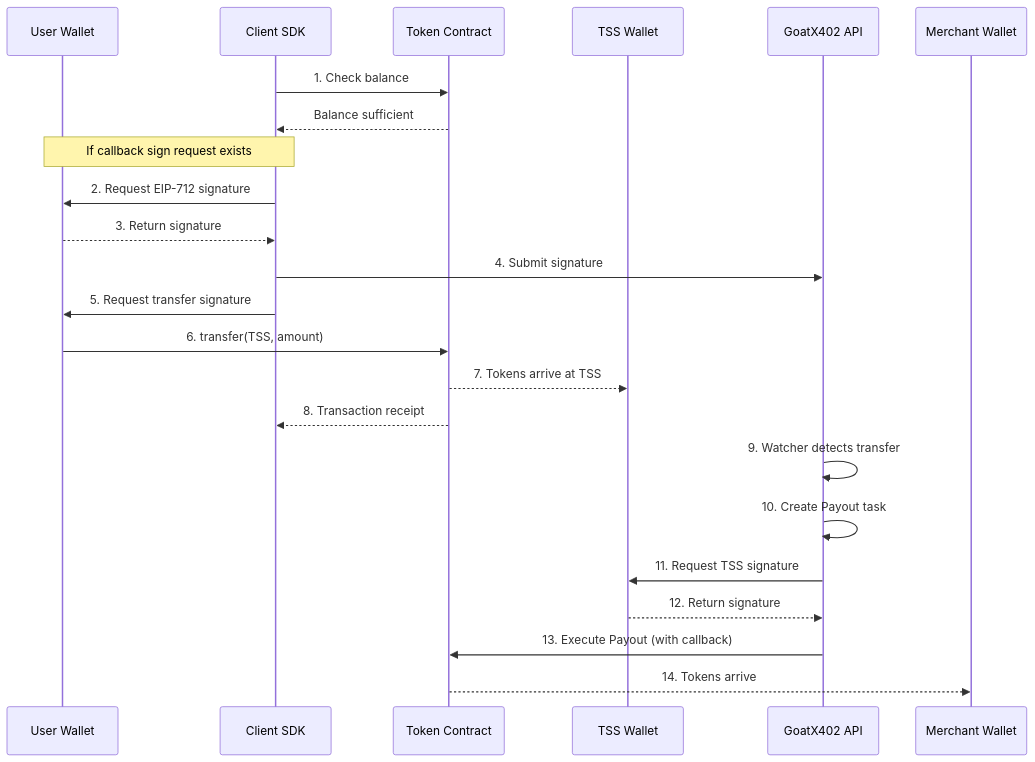
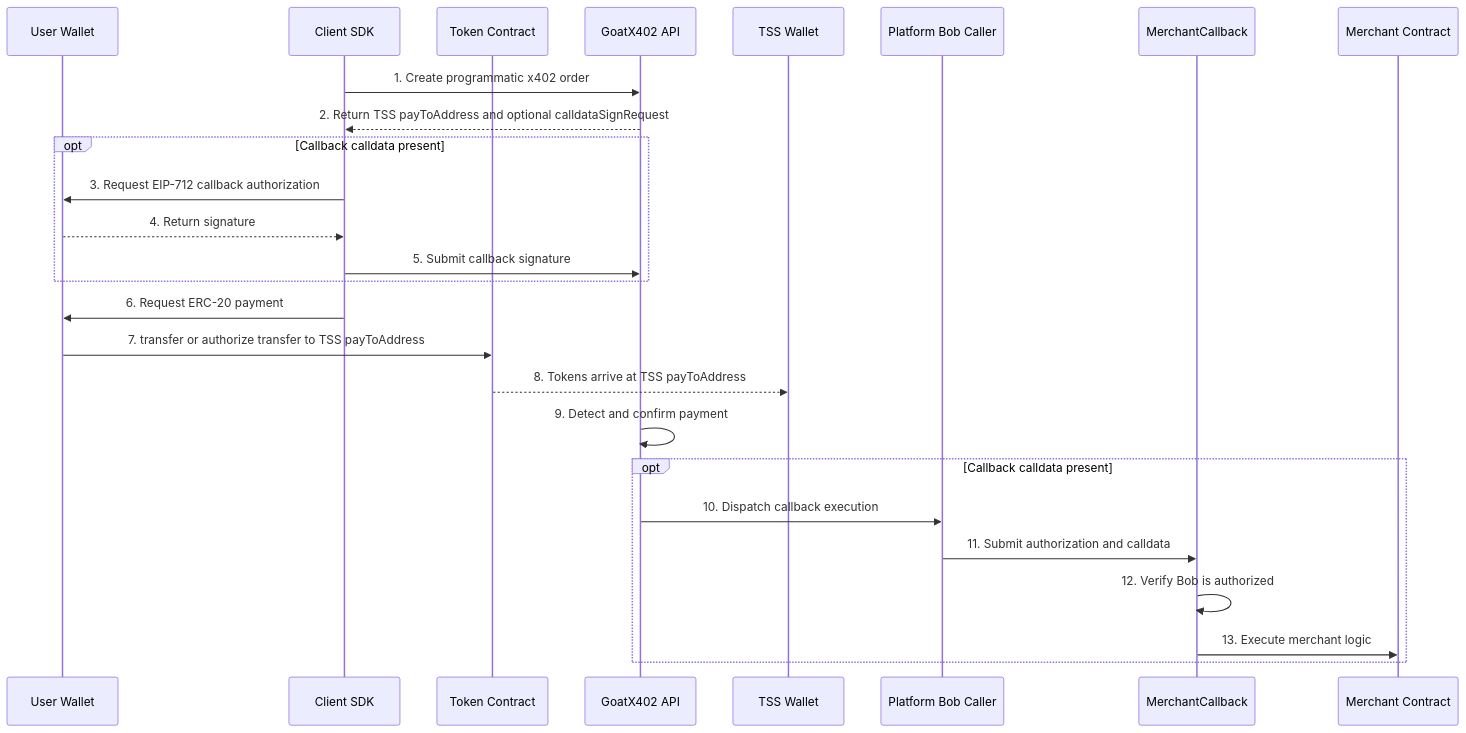
One commit to GOATNetwork/x402 changed the third of 3 diagrams in docs/x402-integration.md. Above: the diagram before and after it, drawn with Mermaid. The commit also changed other lines of this file and 10 other files, not shown here.

````diff
--- a/docs/x402-integration.md
+++ b/docs/x402-integration.md
@@ -265,29 +269,29 @@
 ```mermaid
 sequenceDiagram
     participant User as User Wallet
     participant SDK as Client SDK
     participant Token as Token Contract
+    participant API as GoatX402 API
     participant TSS as TSS Wallet
-    participant API as GoatX402 API
-    participant Merchant as Merchant Wallet
+    participant Bob as Platform Bob Caller
+    participant Callback as MerchantCallback
+    participant Merchant as Merchant Contract
 
-    SDK->>Token: 1. Check balance
-    Token-->>SDK: Balance sufficient
-
-    Note over SDK,User: If callback sign request exists
-    SDK->>User: 2. Request EIP-712 signature
-    User-->>SDK: 3. Return signature
-    SDK->>API: 4. Submit signature
-
-    SDK->>User: 5. Request transfer signature
-    User->>Token: 6. transfer(TSS, amount)
-    Token-->>TSS: 7. Tokens arrive at TSS
-    Token-->>SDK: 8. Transaction receipt
-
-    API->>API: 9. Watcher detects transfer
-    API->>API: 10. Create Payout task
-    API->>TSS: 11. Request TSS signature
-    TSS-->>API: 12. Return signature
-    API->>Token: 13. Execute Payout (with callback)
-    Token-->>Merchant: 14. Tokens arrive
+    SDK->>API: 1. Create programmatic x402 order
+    API-->>SDK: 2. Return TSS payToAddress and optional calldataSignRequest
+    opt Callback calldata present
+      SDK->>User: 3. Request EIP-712 callback authorization
+      User-->>SDK: 4. Return signature
+      SDK->>API: 5. Submit callback signature
+    end
+    SDK->>User: 6. Request ERC-20 payment
+    User->>Token: 7. transfer or authorize transfer to TSS payToAddress
+    Token-->>TSS: 8. Tokens arrive at TSS payToAddress
+    API->>API: 9. Detect and confirm payment
+    opt Callback calldata present
+      API->>Bob: 10. Dispatch callback execution
+      Bob->>Callback: 11. Submit authorization and calldata
+      Callback->>Callback: 12. Verify Bob is authorized
+      Callback->>Merchant: 13. Execute merchant logic
+    end
 ```
````
